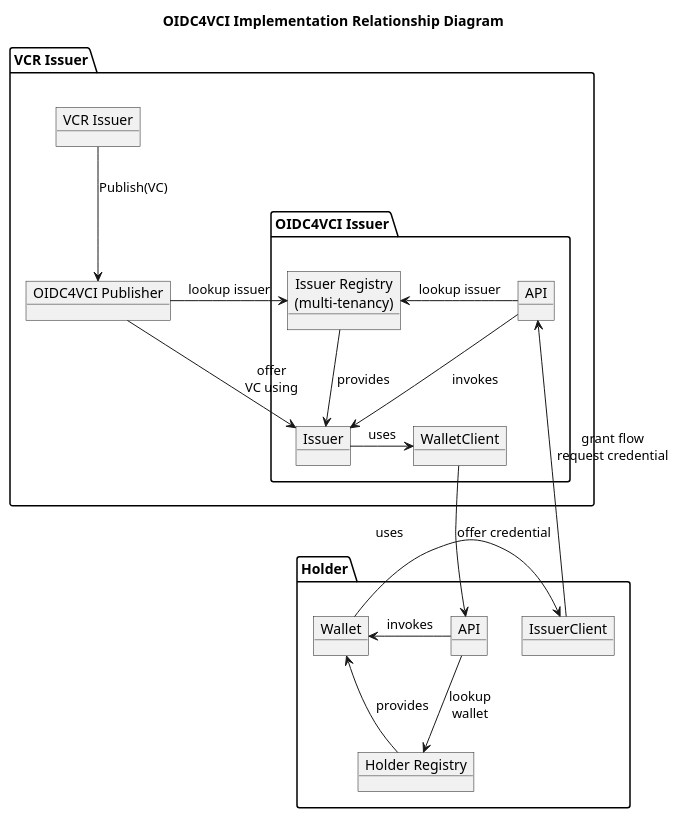
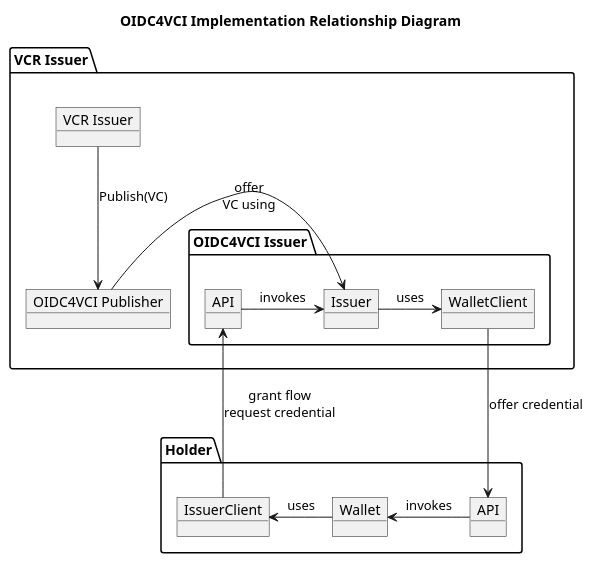
One commit to nuts-foundation/nuts-node changed the diagram in vcr/oidc4vci/docs/technical-design-class-diagram.puml. Above: the diagram before and after it, drawn with PlantUML. The commit also changed 12 other files, not shown here.

Commit message:
remove Issuer and Holder Registries

```diff
--- a/vcr/oidc4vci/docs/technical-design-class-diagram.puml
+++ b/vcr/oidc4vci/docs/technical-design-class-diagram.puml
@@ -1,38 +1,31 @@
 @startuml
 'https://plantuml.com/object-diagram
 
 title OIDC4VCI Implementation Relationship Diagram
 
 package "VCR Issuer" {
     object "VCR Issuer" as VCRIssuer
     object "OIDC4VCI Publisher" as Publisher
     package "OIDC4VCI Issuer" {
         object Issuer
-        object "Issuer Registry\n(multi-tenancy)" as IssuerRegistry
         object "API" as IssuerAPI
         object WalletClient
     }
 }
 
 package Holder {
     object Wallet
-    object "Holder Registry" as HolderRegistry
     object "API" as HolderAPI
     object IssuerClient
 }
 
 VCRIssuer -down-> Publisher : Publish(VC)
-Publisher->IssuerRegistry : lookup issuer
 Publisher->Issuer : offer\nVC using
-IssuerRegistry-down->Issuer : provides
 Issuer->WalletClient : uses
-IssuerAPI->IssuerRegistry : lookup issuer
 IssuerAPI->Issuer : invokes
 WalletClient -down-> HolderAPI : offer credential
 
-HolderAPI -down-> HolderRegistry : lookup\nwallet
 HolderAPI -left-> Wallet : invokes
-HolderRegistry -> Wallet : provides
 Wallet -> IssuerClient : uses
 IssuerClient -> IssuerAPI : grant flow\nrequest credential
 @enduml
```
